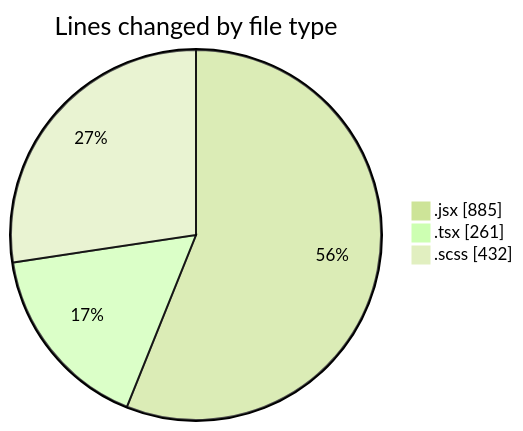
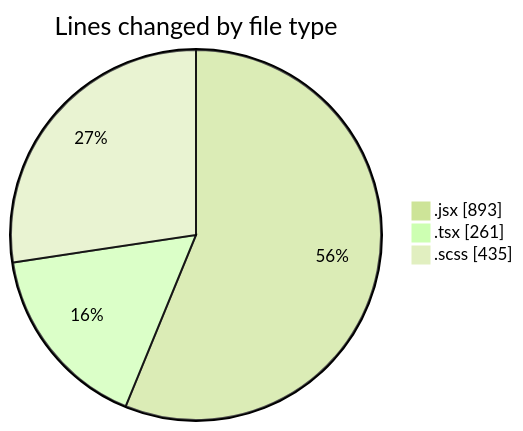
The first of 2 diagrams in 2026-02-11/cda/README.md (momahboobian/code-tracking), drawn with Mermaid (forest theme) before and after one commit. The commit also changed other lines of this file and 1 other file, not shown here.

````diff
--- a/2026-02-11/cda/README.md
+++ b/2026-02-11/cda/README.md
@@ -26,7 +26,7 @@
 ```mermaid
 pie showData
 title Lines changed by file type
-".jsx" : 885
+".jsx" : 893
 ".tsx" : 261
-".scss" : 432
+".scss" : 435
 ```
````
